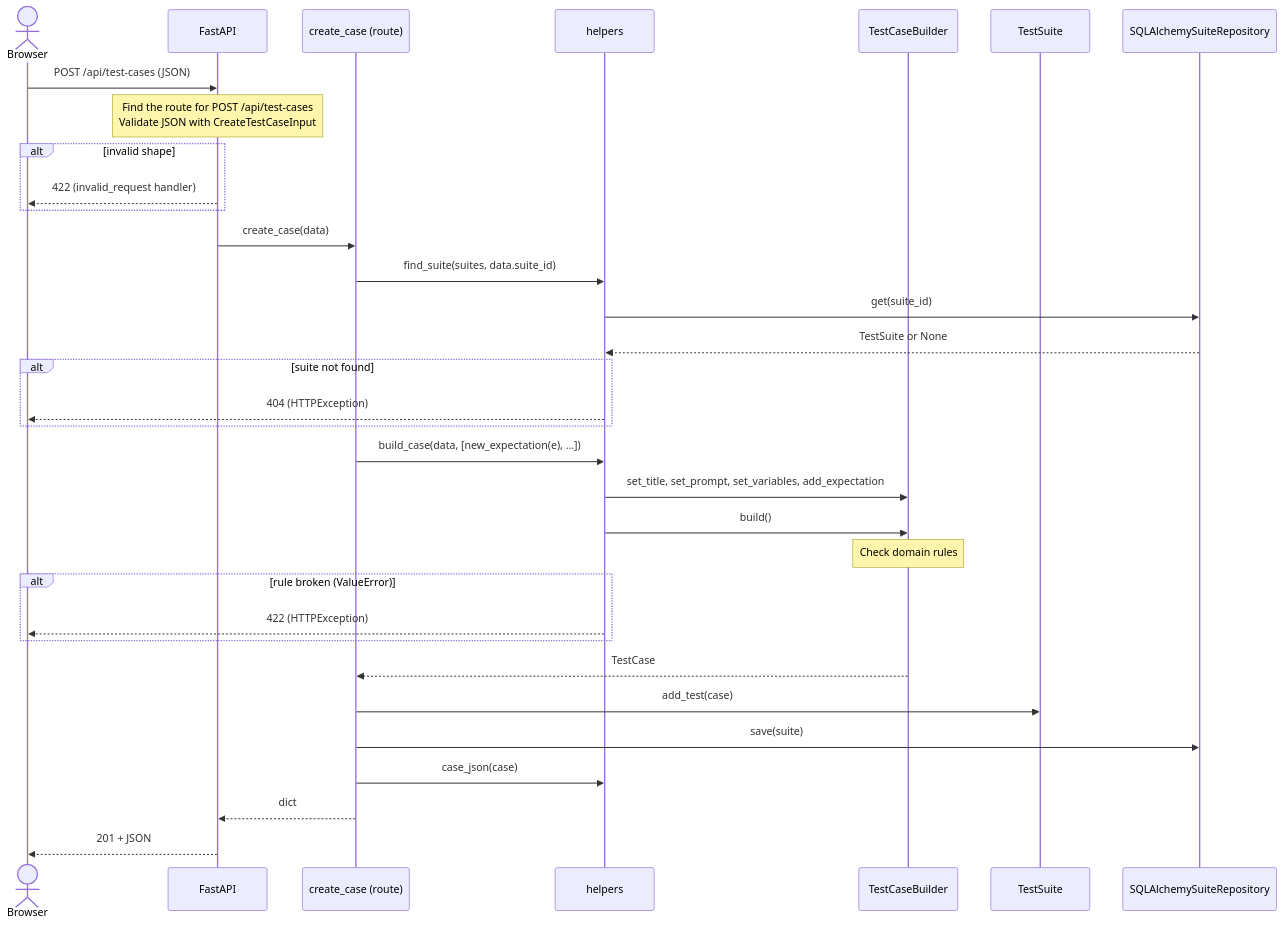
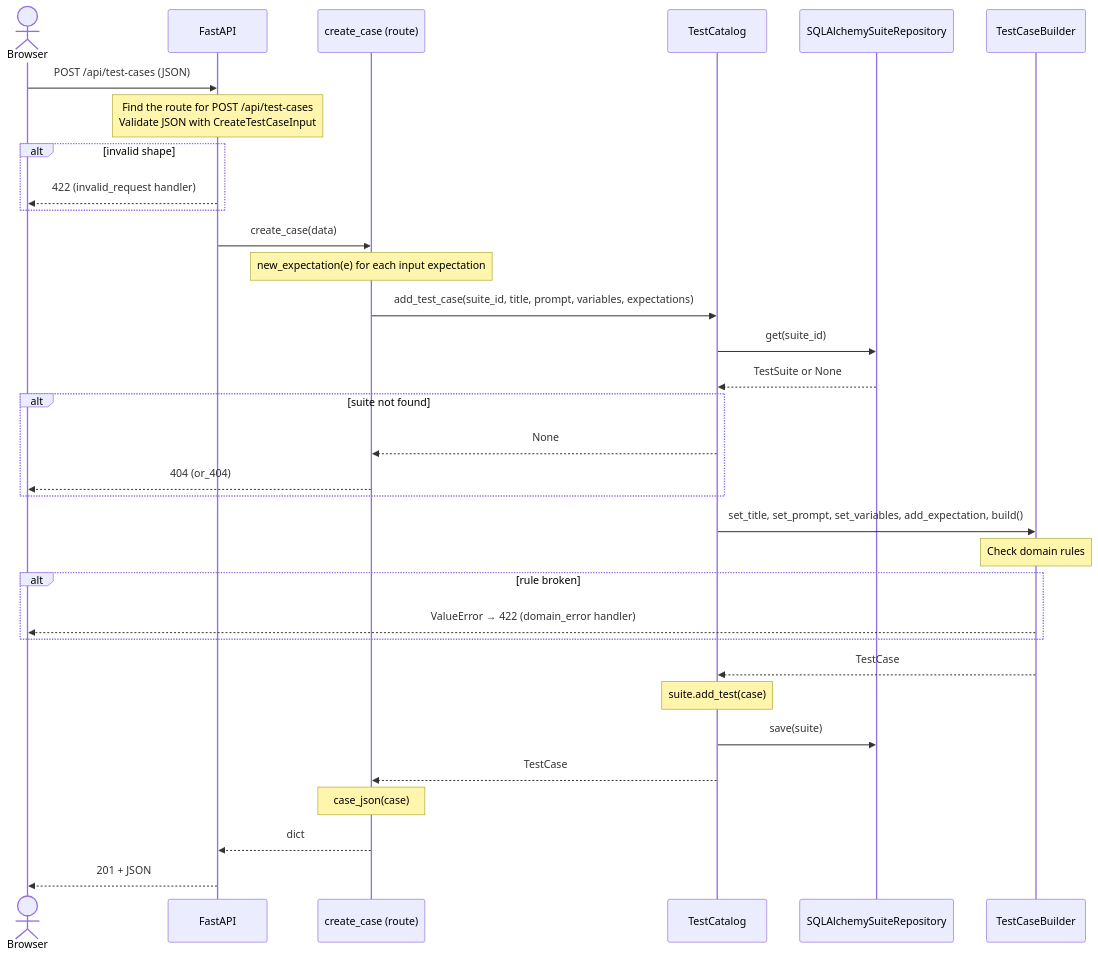
Before and after one commit to LucaPigo/smartest-ai-testbook: the second of 4 diagrams in python/doc/05-execution-order.md, drawn with Mermaid. The commit also changed other lines of this file and 25 other files, not shown here.

````diff
--- a/python/doc/05-execution-order.md
+++ b/python/doc/05-execution-order.md
@@ -74,36 +75,36 @@
 ```mermaid
 sequenceDiagram
     actor Client as Browser
     participant F as FastAPI
     participant R as create_case (route)
-    participant H as helpers
+    participant C as TestCatalog
+    participant Repo as SQLAlchemySuiteRepository
     participant B as TestCaseBuilder
-    participant S as TestSuite
-    participant Repo as SQLAlchemySuiteRepository
 
     Client->>F: POST /api/test-cases (JSON)
     Note over F: Find the route for POST /api/test-cases<br/>Validate JSON with CreateTestCaseInput
     alt invalid shape
         F-->>Client: 422 (invalid_request handler)
     end
     F->>R: create_case(data)
-    R->>H: find_suite(suites, data.suite_id)
-    H->>Repo: get(suite_id)
-    Repo-->>H: TestSuite or None
+    Note over R: new_expectation(e) for each input expectation
+    R->>C: add_test_case(suite_id, title, prompt, variables, expectations)
+    C->>Repo: get(suite_id)
+    Repo-->>C: TestSuite or None
     alt suite not found
-        H-->>Client: 404 (HTTPException)
+        C-->>R: None
+        R-->>Client: 404 (or_404)
     end
-    R->>H: build_case(data, [new_expectation(e), ...])
-    H->>B: set_title, set_prompt, set_variables, add_expectation
-    H->>B: build()
+    C->>B: set_title, set_prompt, set_variables, add_expectation, build()
     Note over B: Check domain rules
-    alt rule broken (ValueError)
-        H-->>Client: 422 (HTTPException)
+    alt rule broken
+        B-->>Client: ValueError → 422 (domain_error handler)
     end
-    B-->>R: TestCase
-    R->>S: add_test(case)
-    R->>Repo: save(suite)
-    R->>H: case_json(case)
+    B-->>C: TestCase
+    Note over C: suite.add_test(case)
+    C->>Repo: save(suite)
+    C-->>R: TestCase
+    Note over R: case_json(case)
     R-->>F: dict
     F-->>Client: 201 + JSON
 ```
````
